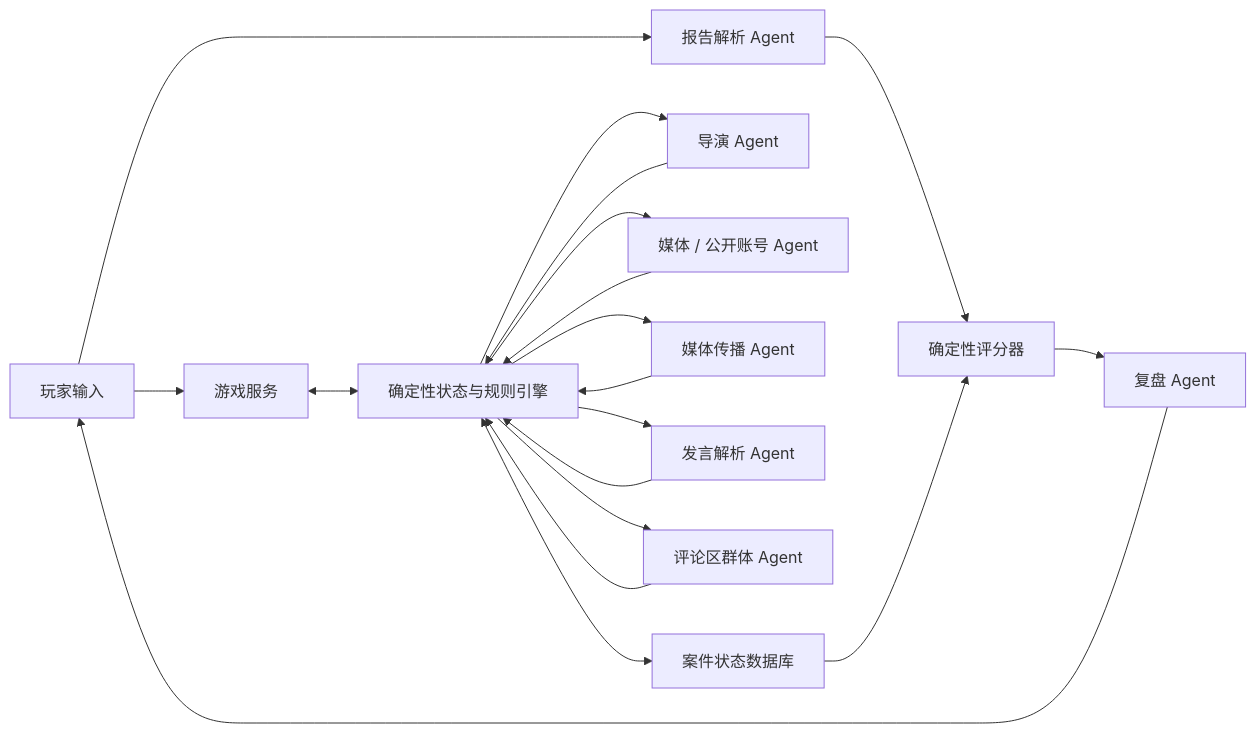
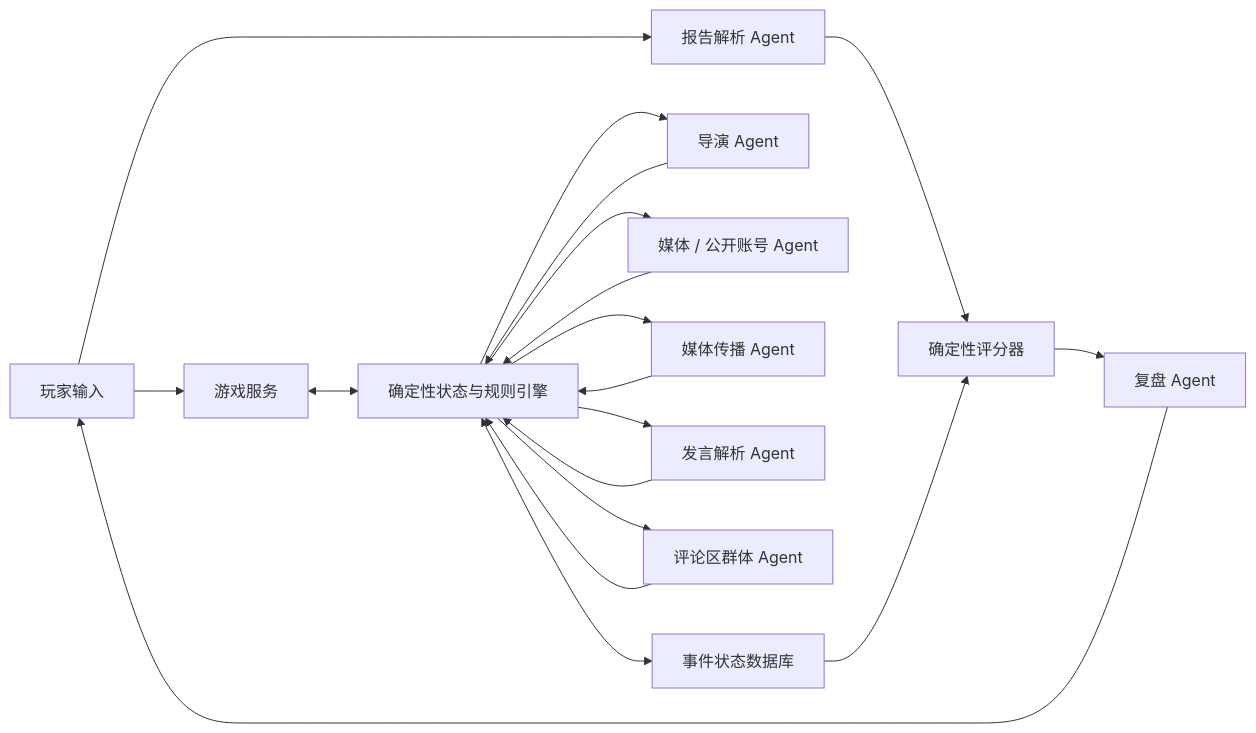
The diagram in TaShuo/GAME_PLAN.md (zmhhaha/panghu_game), drawn with Mermaid before and after one commit. The commit also changed other lines of this file and 39 other files, not shown here.

````diff
--- a/TaShuo/GAME_PLAN.md
+++ b/TaShuo/GAME_PLAN.md
@@ -451,21 +484,21 @@
 ```mermaid
 flowchart LR
     P["玩家输入"] --> API["游戏服务"]
     API <--> E["确定性状态与规则引擎"]
-    E <--> DB["案件状态数据库"]
+    E <--> DB["事件状态数据库"]
     E --> O["导演 Agent"]
     O --> E
     E --> S["媒体 / 公开账号 Agent"]
     S --> E
     E --> M["媒体传播 Agent"]
     M --> E
     E --> A["发言解析 Agent"]
     A --> E
     E --> C["评论区群体 Agent"]
     C --> E
     P --> R["报告解析 Agent"]
     R --> J["确定性评分器"]
     DB --> J
     J --> F["复盘 Agent"]
     F --> P
 ```
````
